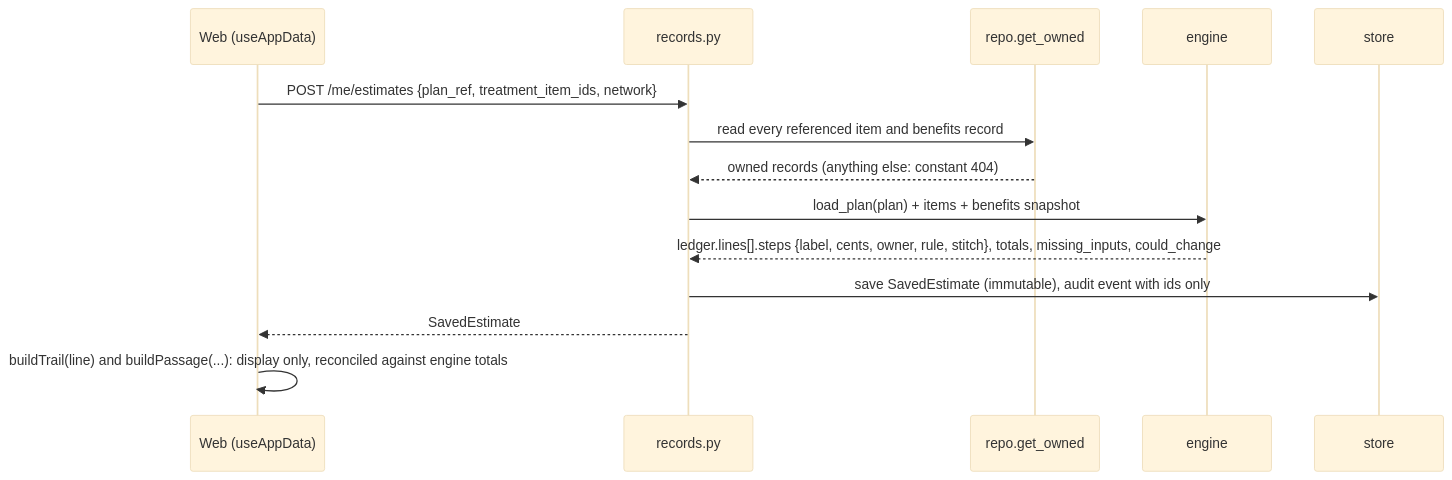
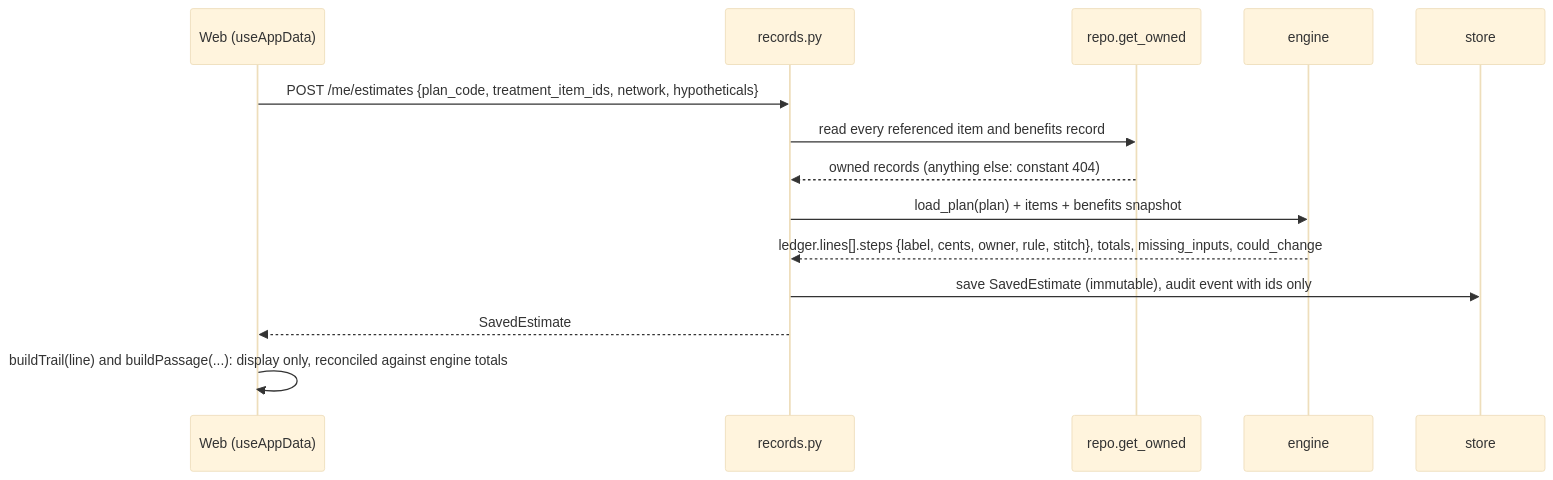
The second of 7 diagrams in docs/ARCHITECTURE.md (ashrit725-beep/oralcompass), drawn with Mermaid (base theme) before and after one commit. The commit also changed 2 other files, not shown here.

Commit message:
docs: judging map and follow-ups point at ARCHITECTURE and DEMO_SCRIPT; estimate body field is plan_code

````diff
--- a/docs/ARCHITECTURE.md
+++ b/docs/ARCHITECTURE.md
@@ -48,16 +48,16 @@
 ```mermaid
 sequenceDiagram
   participant W as Web (useAppData)
   participant R as records.py
   participant O as repo.get_owned
   participant E as engine
   participant S as store
-  W->>R: POST /me/estimates {plan_ref, treatment_item_ids, network}
+  W->>R: POST /me/estimates {plan_code, treatment_item_ids, network, hypotheticals}
   R->>O: read every referenced item and benefits record
   O-->>R: owned records (anything else: constant 404)
   R->>E: load_plan(plan) + items + benefits snapshot
   E-->>R: ledger.lines[].steps {label, cents, owner, rule, stitch}, totals, missing_inputs, could_change
   R->>S: save SavedEstimate (immutable), audit event with ids only
   R-->>W: SavedEstimate
   W->>W: buildTrail(line) and buildPassage(...): display only, reconciled against engine totals
 ```
````
